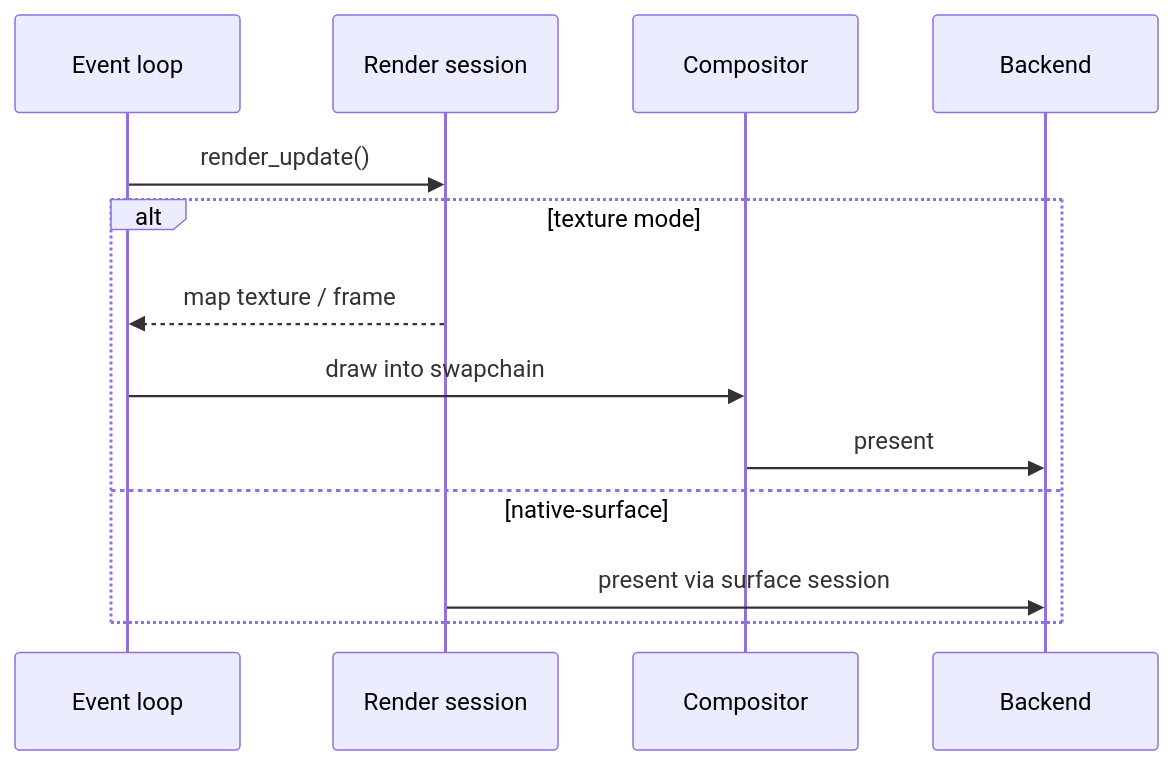
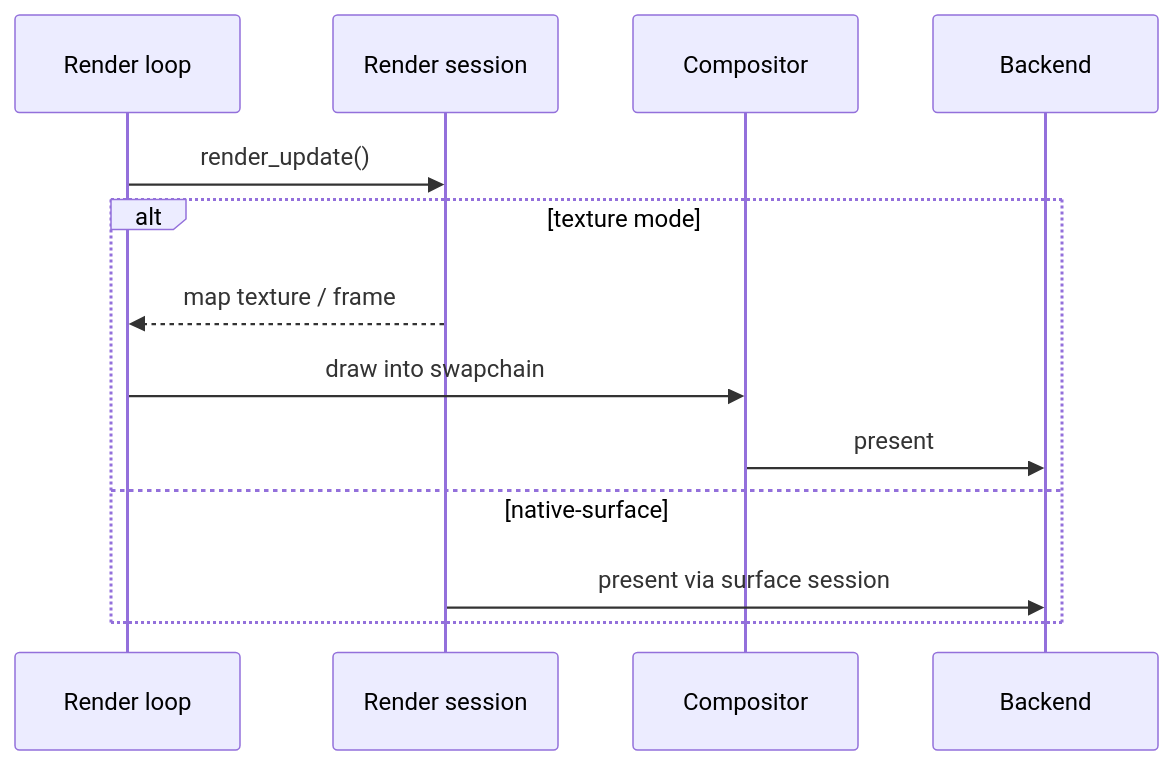
Before and after one commit to maplibre/maplibre-native-ffi: the fourth of 4 diagrams in docs/src/content/docs/development/map-example-specification.md, drawn with Mermaid. The commit also changed other lines of this file and 93 other files, not shown here.

First line of the commit message:
Decouple render session ownership from map owner threads

````diff
--- a/docs/src/content/docs/development/map-example-specification.md
+++ b/docs/src/content/docs/development/map-example-specification.md
@@ -272,16 +417,16 @@
 ```mermaid
 sequenceDiagram
-  participant EL as Event loop
+  participant RL as Render loop
   participant RS as Render session
   participant CP as Compositor
   participant BE as Backend
 
-  EL->>RS: render_update()
+  RL->>RS: render_update()
   alt texture mode
-    RS-->>EL: map texture / frame
-    EL->>CP: draw into swapchain
+    RS-->>RL: map texture / frame
+    RL->>CP: draw into swapchain
     CP->>BE: present
   else native-surface
     RS->>BE: present via surface session
   end
 ```
````
